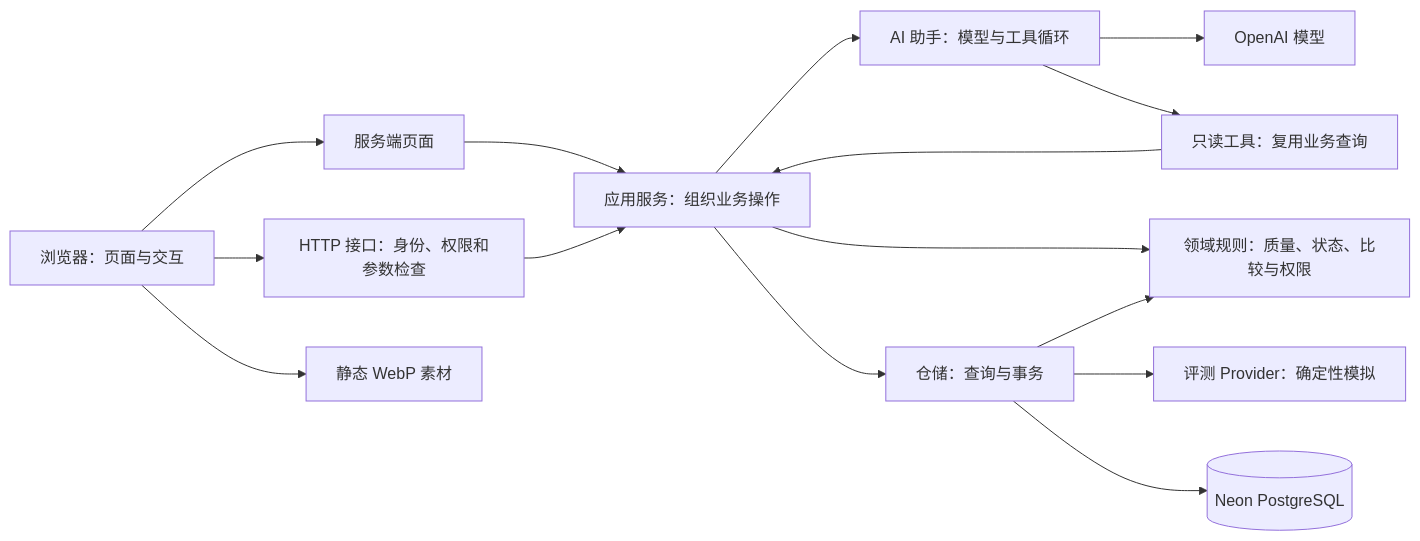
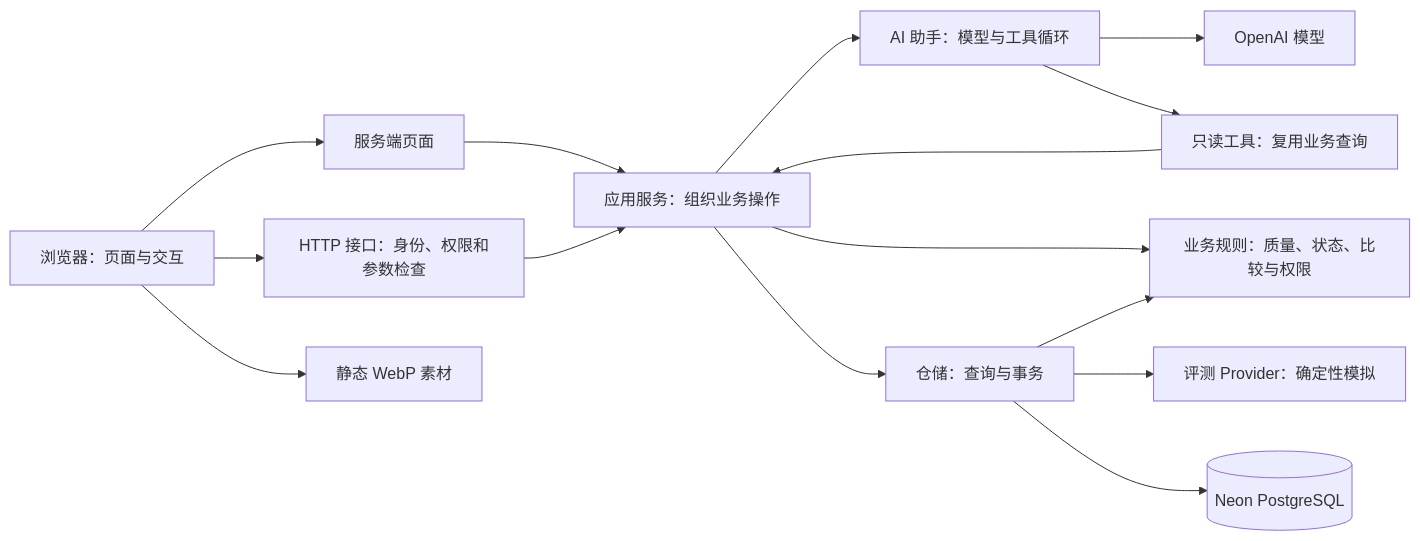
One commit to try-one-try/simeval-app changed the diagram in docs/架构与接口.md. Above: the diagram before and after it, drawn with Mermaid. The commit also changed 1 other file, not shown here.

Commit message:
整理文档

````diff
--- a/docs/架构与接口.md
+++ b/docs/架构与接口.md
@@ -37,17 +37,17 @@
 ```mermaid
 flowchart LR
   Browser[浏览器：页面与交互] --> Page[服务端页面]
   Browser --> API[HTTP 接口：身份、权限和参数检查]
   Page --> Service[应用服务：组织业务操作]
   API --> Service
   Service --> Agent[AI 助手：模型与工具循环]
   Agent --> Model[OpenAI 模型]
   Agent --> Query[只读工具：复用业务查询]
   Query --> Service
   Service --> Repo[仓储：查询与事务]
-  Service --> Rules[领域规则：质量、状态、比较与权限]
+  Service --> Rules[业务规则：质量、状态、比较与权限]
   Repo --> Rules
   Repo --> Mock[评测 Provider：确定性模拟]
   Repo --> DB[(Neon PostgreSQL)]
   Browser --> Assets[静态 WebP 素材]
 ```
````
